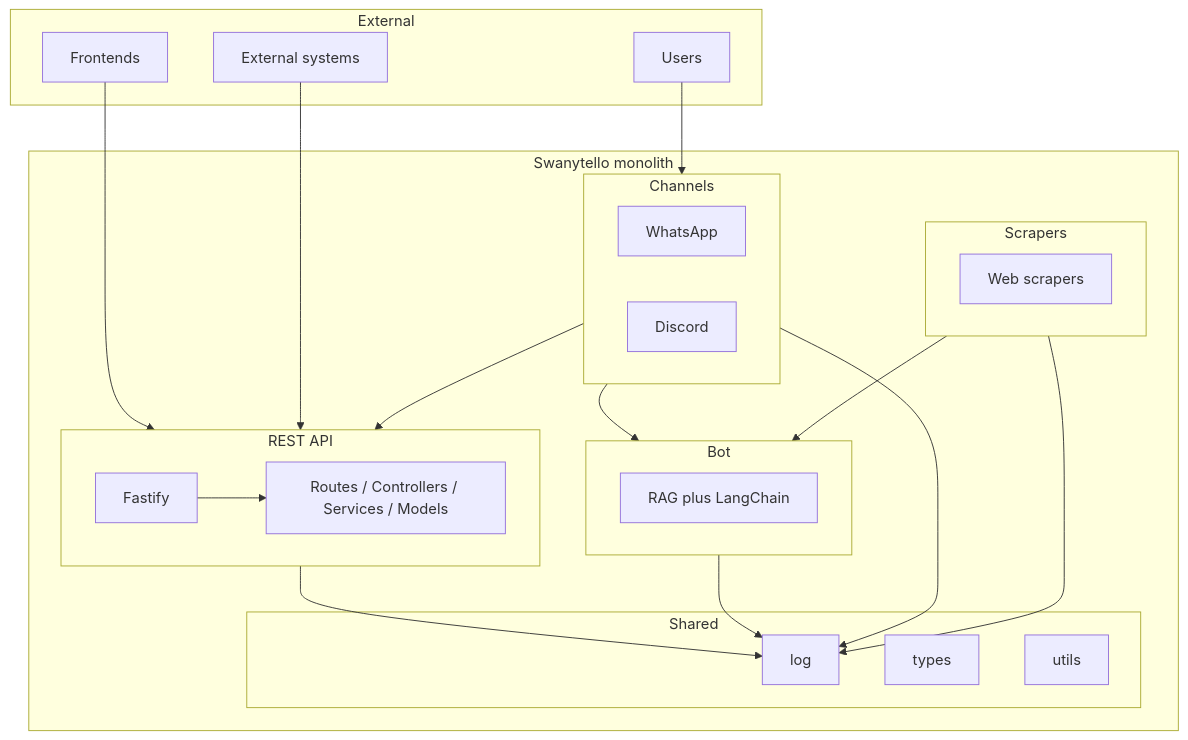
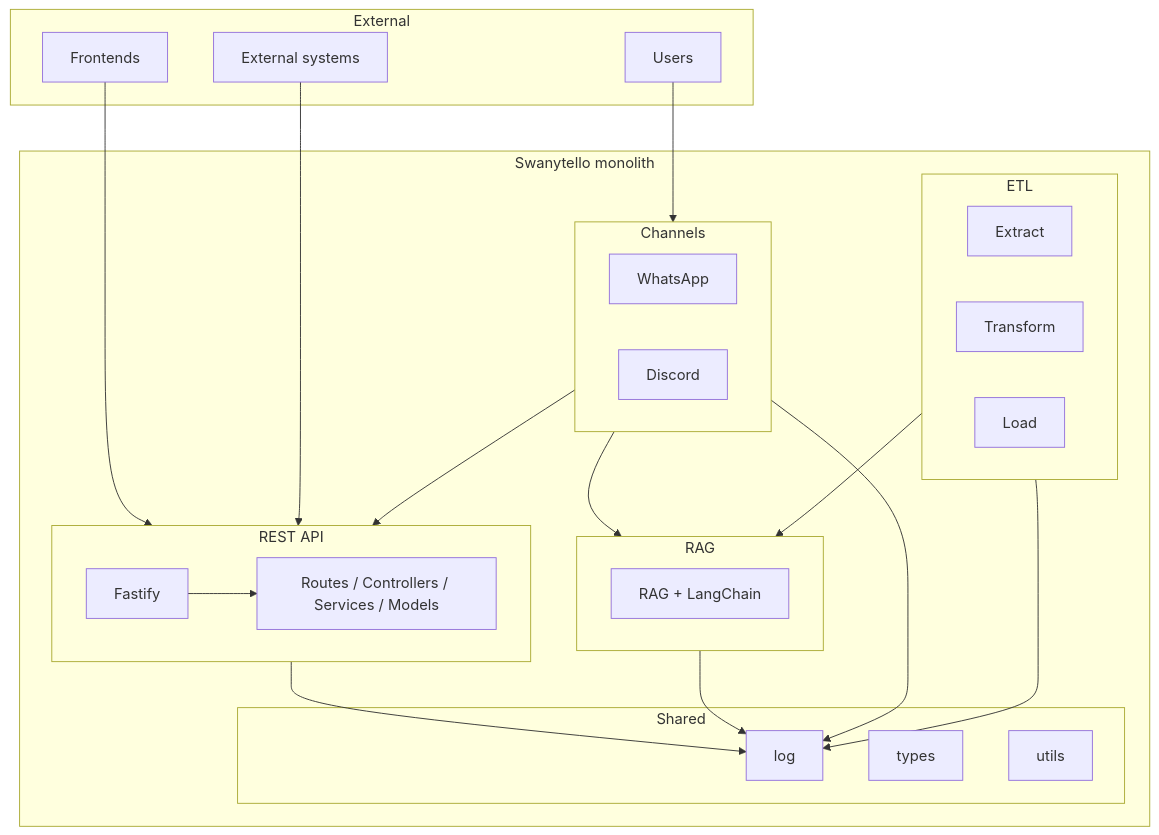
One commit to sorocode-comunidade/swanytello changed the first of 3 diagrams in README.md. Above: the diagram before and after it, drawn with Mermaid. The commit also changed other lines of this file and 36 other files, not shown here.

````diff
--- a/README.md
+++ b/README.md
@@ -34,46 +34,48 @@
 ```mermaid
 flowchart TB
   subgraph external [External]
     Frontends[Frontends]
     Systems[External systems]
     Users[Users]
   end
 
   subgraph monolith [Swanytello monolith]
     subgraph api [REST API]
       Fastify[Fastify]
       Routes[Routes / Controllers / Services / Models]
       Fastify --> Routes
     end
 
-    subgraph bot [Bot]
-      RAG[RAG plus LangChain]
+    subgraph rag [RAG]
+      RAGLogic[RAG + LangChain]
     end
 
     subgraph channels [Channels]
       WhatsApp[WhatsApp]
       Discord[Discord]
     end
 
-    subgraph scrapers [Scrapers]
-      Scrape[Web scrapers]
+    subgraph etl [ETL]
+      Extract[Extract]
+      Transform[Transform]
+      Load[Load]
     end
 
     subgraph shared [Shared]
       Log[log]
       Types[types]
       Utils[utils]
     end
   end
 
   Frontends --> api
   Systems --> api
   Users --> channels
   channels --> api
-  channels --> bot
-  scrapers --> bot
+  channels --> rag
+  etl --> rag
   api --> Log
-  bot --> Log
+  rag --> Log
   channels --> Log
-  scrapers --> Log
+  etl --> Log
 ```
````
